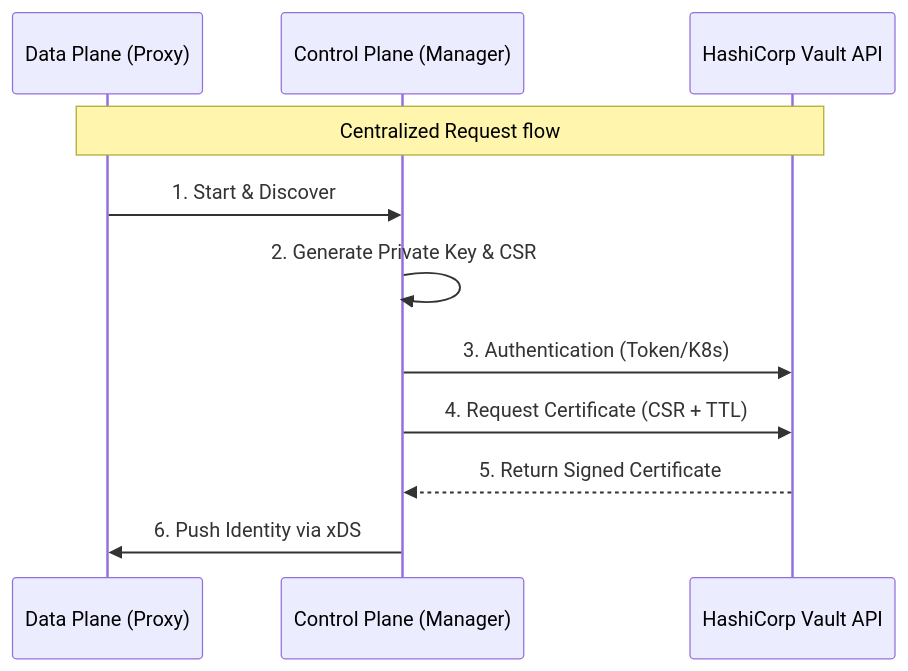
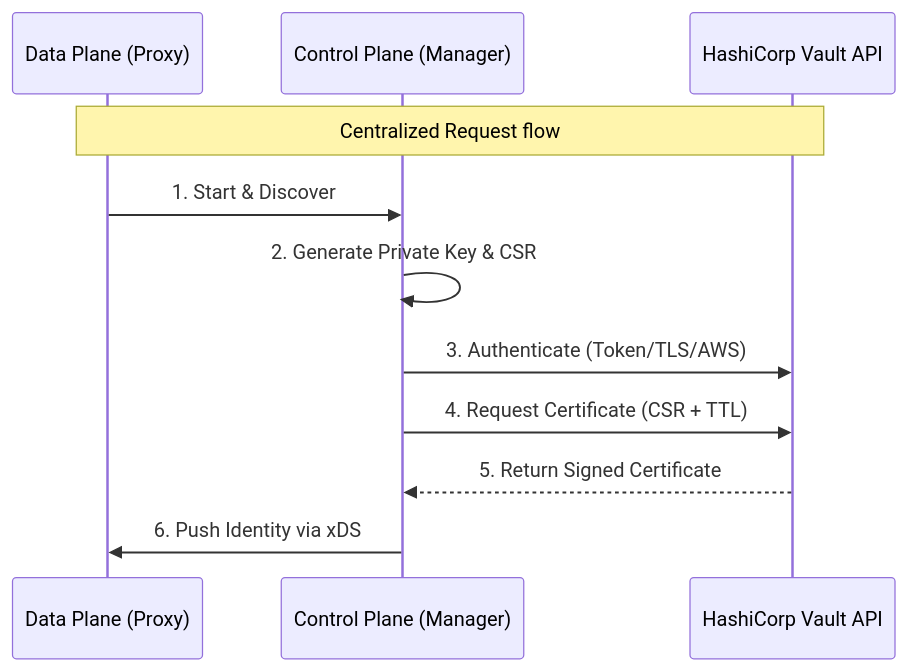
One commit to Kong/developer.konghq.com changed the third of 3 diagrams in app/_how-tos/mesh/integrate-an-external-ca.md. Above: the diagram before and after it, drawn with Mermaid. The commit also changed other lines of this file and 16 other files, not shown here.

```diff
--- a/app/_how-tos/mesh/integrate-an-external-ca.md
+++ b/app/_how-tos/mesh/integrate-an-external-ca.md
@@ -485,14 +567,14 @@
 {% mermaid %}
 sequenceDiagram
     participant DP as Data Plane (Proxy)
     participant CP as Control Plane (Manager)
     participant V as HashiCorp Vault API
     
     Note over DP, V: Centralized Request flow
     DP->>CP: 1. Start & Discover
     CP->>CP: 2. Generate Private Key & CSR
-    CP->>V: 3. Authentication (Token/K8s)
+    CP->>V: 3. Authenticate (Token/TLS/AWS)
     CP->>V: 4. Request Certificate (CSR + TTL)
     V-->>CP: 5. Return Signed Certificate
     CP->>DP: 6. Push Identity via xDS
 {% endmermaid %}
```
